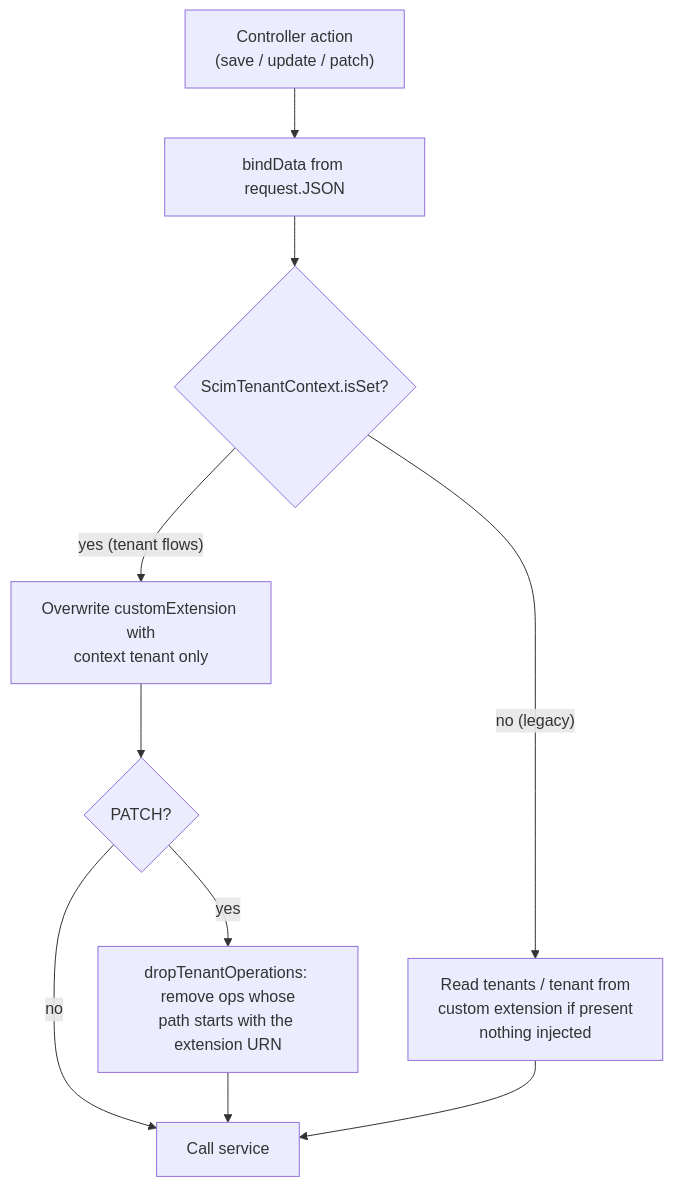
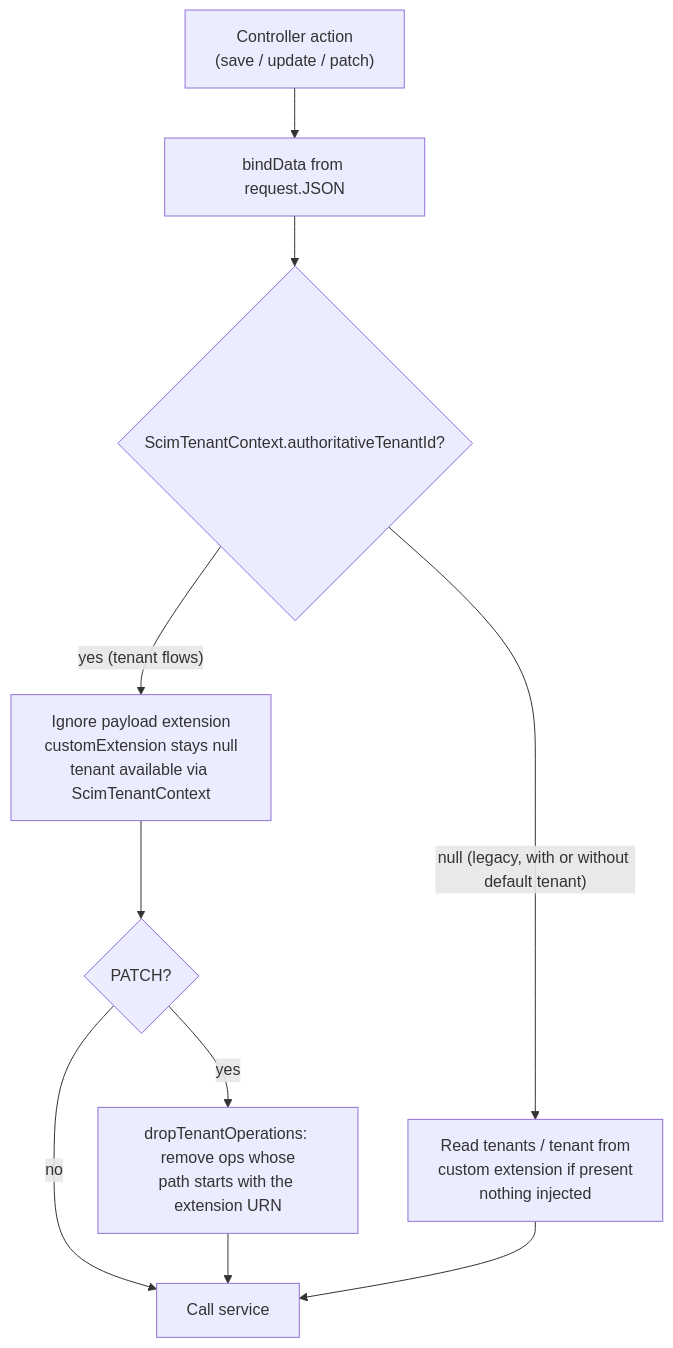
One commit to RxLogix/grails-scim changed the eighth of 11 diagrams in docs/PLUGIN_DESIGN.md. Above: the diagram before and after it, drawn with Mermaid. The commit also changed other lines of this file and 13 other files, not shown here.

First line of the commit message:
PVADMIN-50831 Add DEFAULT_TENANT_ID context for legacy flow; tenant flows leave extension null.

````diff
--- a/docs/PLUGIN_DESIGN.md
+++ b/docs/PLUGIN_DESIGN.md
@@ -254,12 +254,12 @@
 ```mermaid
 flowchart TD
     A["Controller action<br/>(save / update / patch)"] --> B[bindData from request.JSON]
-    B --> C{ScimTenantContext.isSet?}
-    C -- "no (legacy)" --> D["Read tenants / tenant from<br/>custom extension if present<br/>nothing injected"]
-    C -- "yes (tenant flows)" --> E["Overwrite customExtension with<br/>context tenant only"]
+    B --> C{ScimTenantContext.authoritativeTenantId?}
+    C -- "null (legacy, with or without default tenant)" --> D["Read tenants / tenant from<br/>custom extension if present<br/>nothing injected"]
+    C -- "yes (tenant flows)" --> E["Ignore payload extension<br/>customExtension stays null<br/>tenant available via ScimTenantContext"]
     E --> F{PATCH?}
     F -- yes --> G["dropTenantOperations: remove ops whose<br/>path starts with the extension URN"]
     F -- no --> H
     G --> H
     D --> H[Call service]
 ```
````
